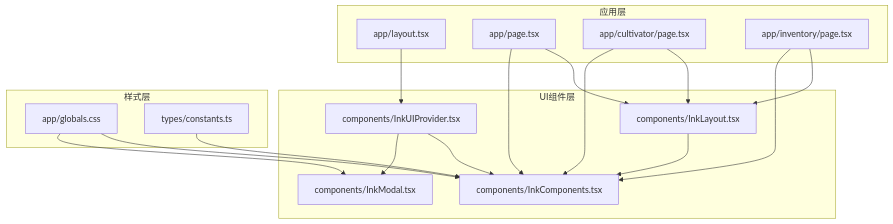
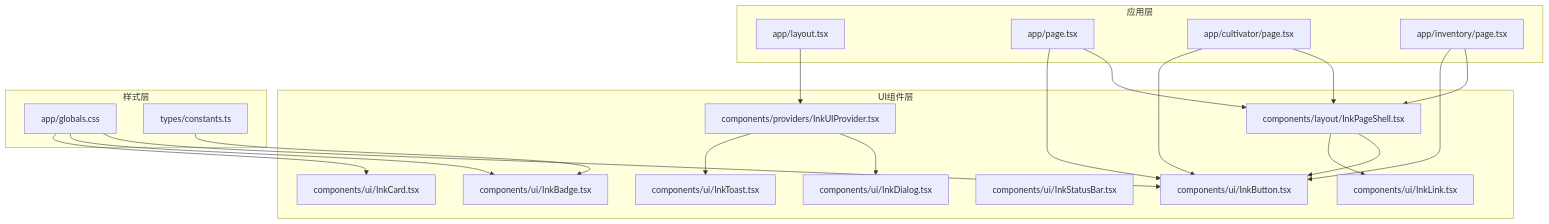
One commit to ChurchTao/Daoyou changed the first of 3 diagrams in .qoder/repowiki/zh/content/前端架构/组件体系/组件体系.md. Above: the diagram before and after it, drawn with Mermaid. The commit also changed other lines of this file and 14 other files, not shown here.

````diff
--- a/.qoder/repowiki/zh/content/前端架构/组件体系/组件体系.md
+++ b/.qoder/repowiki/zh/content/前端架构/组件体系/组件体系.md
@@ -35,32 +44,39 @@
 ```mermaid
 graph TB
 subgraph "应用层"
 L["app/layout.tsx"]
 P1["app/page.tsx"]
 P2["app/cultivator/page.tsx"]
 P3["app/inventory/page.tsx"]
 end
 subgraph "UI组件层"
-IC["components/InkComponents.tsx"]
-IM["components/InkModal.tsx"]
-IUP["components/InkUIProvider.tsx"]
-IL["components/InkLayout.tsx"]
+IB["components/ui/InkButton.tsx"]
+IBD["components/ui/InkBadge.tsx"]
+IC["components/ui/InkCard.tsx"]
+IL["components/ui/InkLink.tsx"]
+ISB["components/ui/InkStatusBar.tsx"]
+ID["components/ui/InkDialog.tsx"]
+IT["components/ui/InkToast.tsx"]
+IUP["components/providers/InkUIProvider.tsx"]
+IPS["components/layout/InkPageShell.tsx"]
 end
 subgraph "样式层"
 GCSS["app/globals.css"]
 TYPES["types/constants.ts"]
 end
 L --> IUP
-IUP --> IC
-IUP --> IM
-P1 --> IL
-P2 --> IL
-P3 --> IL
-IL --> IC
-P1 --> IC
-P2 --> IC
-P3 --> IC
+IUP --> ID
+IUP --> IT
+P1 --> IPS
+P2 --> IPS
+P3 --> IPS
+IPS --> IB
+IPS --> IL
+P1 --> IB
+P2 --> IB
+P3 --> IB
+GCSS --> IB
+GCSS --> IBD
 GCSS --> IC
-GCSS --> IM
-TYPES --> IC
+TYPES --> IBD
 ```
````
